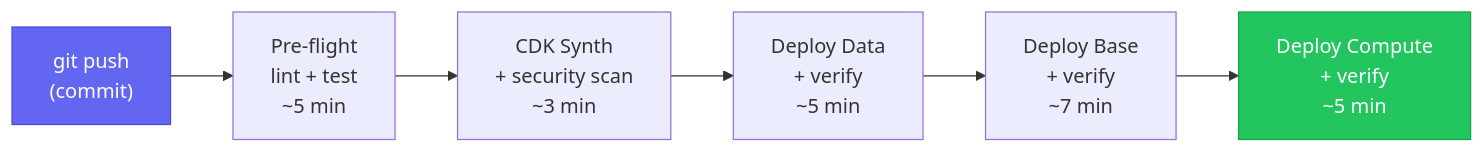
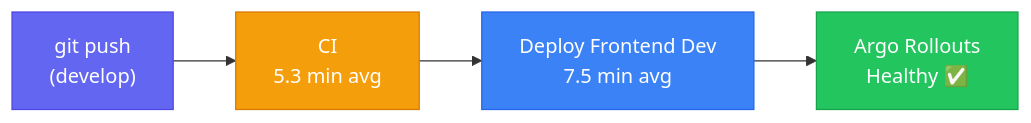
Before and after one commit to Nelson-Lamounier/portfolio-research-brain: the first of 2 diagrams in wiki/concepts/dora-metrics.md, drawn with Mermaid. The commit also changed other lines of this file and 5 other files, not shown here.

````diff
--- a/wiki/concepts/dora-metrics.md
+++ b/wiki/concepts/dora-metrics.md
@@ -40,10 +42,11 @@
 ```mermaid
 flowchart LR
-    A["git push\n(commit)"] --> B["Pre-flight\nlint + test\n~5 min"]
-    B --> C["CDK Synth\n+ security scan\n~3 min"]
-    C --> D["Deploy Data\n+ verify\n~5 min"]
-    D --> E["Deploy Base\n+ verify\n~7 min"]
-    E --> F["Deploy Compute\n+ verify\n~5 min"]
+    A["git push\n(develop)"] --> B["CI\n5.3 min avg"]
+    B --> C["Deploy Frontend Dev\n7.5 min avg"]
+    C --> D["Argo Rollouts\nHealthy ✅"]
+
     style A fill:#6366f1,stroke:#4f46e5,color:#fff
-    style F fill:#22c55e,stroke:#16a34a,color:#fff
+    style B fill:#f59e0b,stroke:#d97706,color:#fff
+    style C fill:#3b82f6,stroke:#2563eb,color:#fff
+    style D fill:#22c55e,stroke:#16a34a,color:#fff
 ```
````
